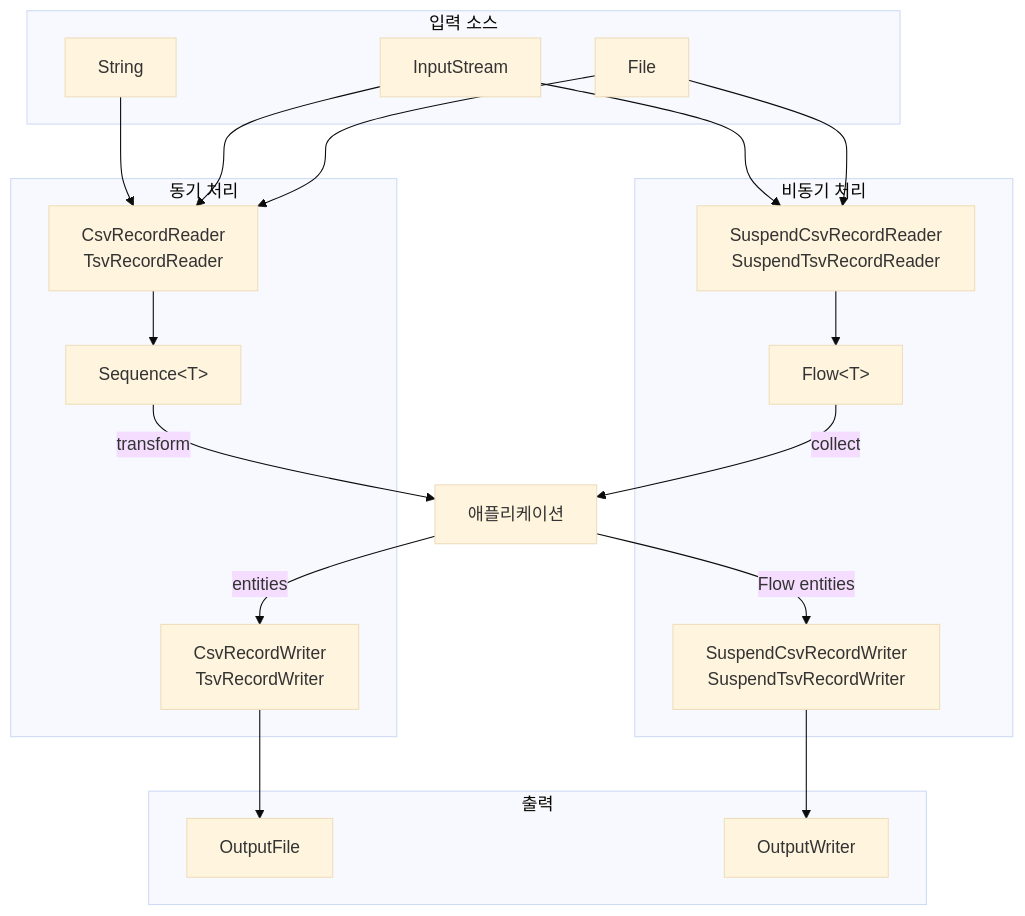
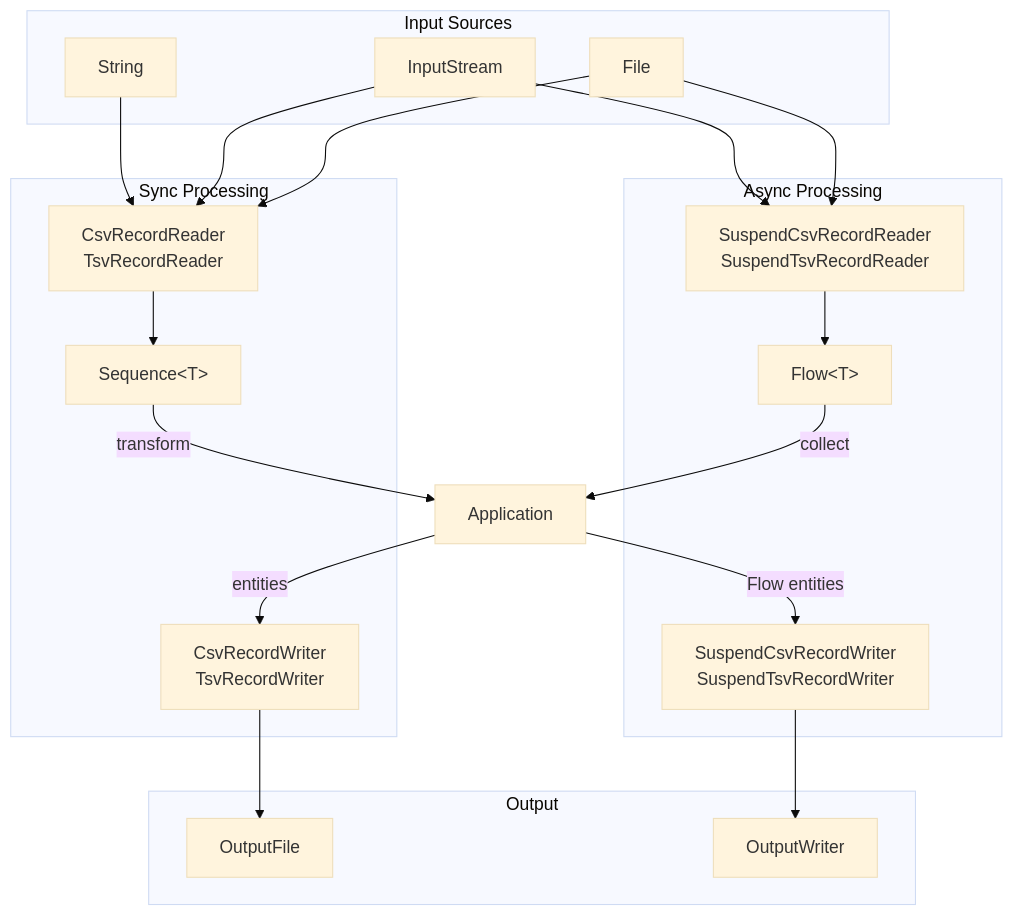
Before and after one commit to bluetape4k/bluetape4k-projects: the second of 2 diagrams in io/csv/README.md, drawn with Mermaid (base theme). The commit also changed other lines of this file and 265 other files, not shown here.

````diff
--- a/io/csv/README.md
+++ b/io/csv/README.md
@@ -196,38 +198,38 @@
 ```mermaid
 flowchart TD
-    subgraph 입력 소스
+    subgraph Input Sources
         F[File]
         IS[InputStream]
         STR[String]
     end
 
-    subgraph 동기 처리
+    subgraph Sync Processing
         CR[CsvRecordReader<br/>TsvRecordReader]
         CW[CsvRecordWriter<br/>TsvRecordWriter]
         SEQ["Sequence&lt;T&gt;"]
     end
 
-    subgraph 비동기 처리
+    subgraph Async Processing
         SCR[SuspendCsvRecordReader<br/>SuspendTsvRecordReader]
         SCW[SuspendCsvRecordWriter<br/>SuspendTsvRecordWriter]
         FL["Flow&lt;T&gt;"]
     end
 
-    subgraph 출력
+    subgraph Output
         OF[OutputFile]
         OW[OutputWriter]
     end
 
     F --> CR --> SEQ
     IS --> CR
     STR --> CR
 
     F --> SCR --> FL
     IS --> SCR
 
-    SEQ -->|transform| 앱[애플리케이션]
-    FL -->|collect| 앱
+    SEQ -->|transform| App[Application]
+    FL -->|collect| App
 
-    앱 -->|entities| CW --> OF
-    앱 -->|Flow entities| SCW --> OW
+    App -->|entities| CW --> OF
+    App -->|Flow entities| SCW --> OW
 ```
````
